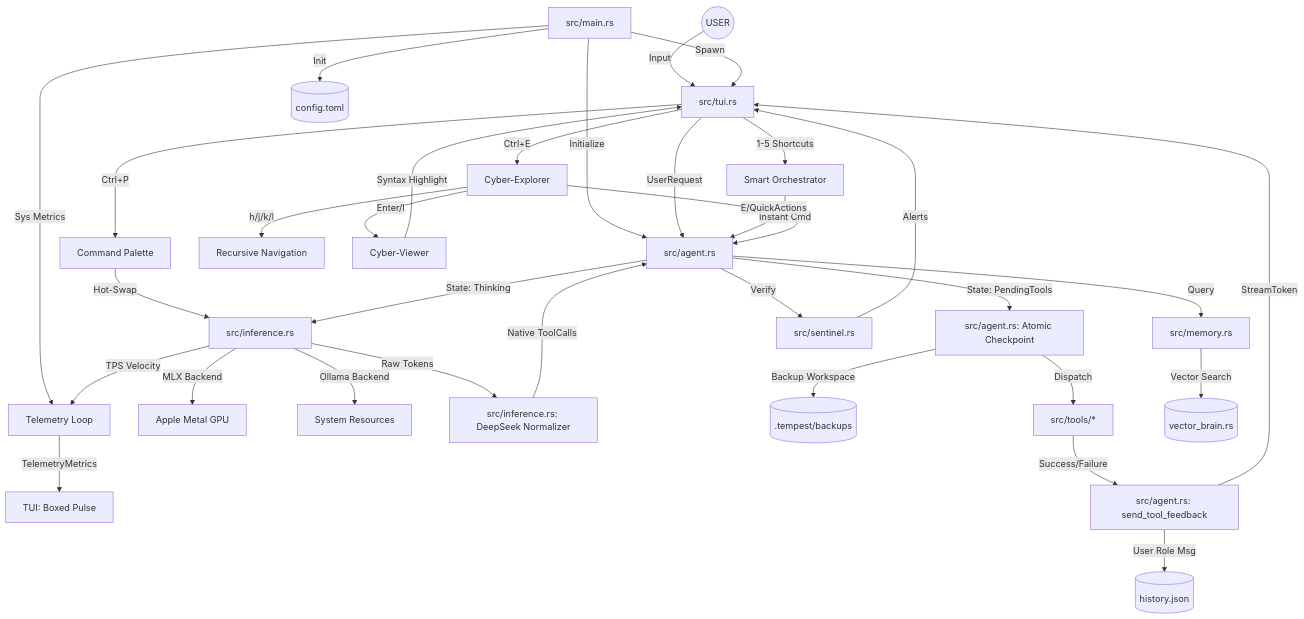
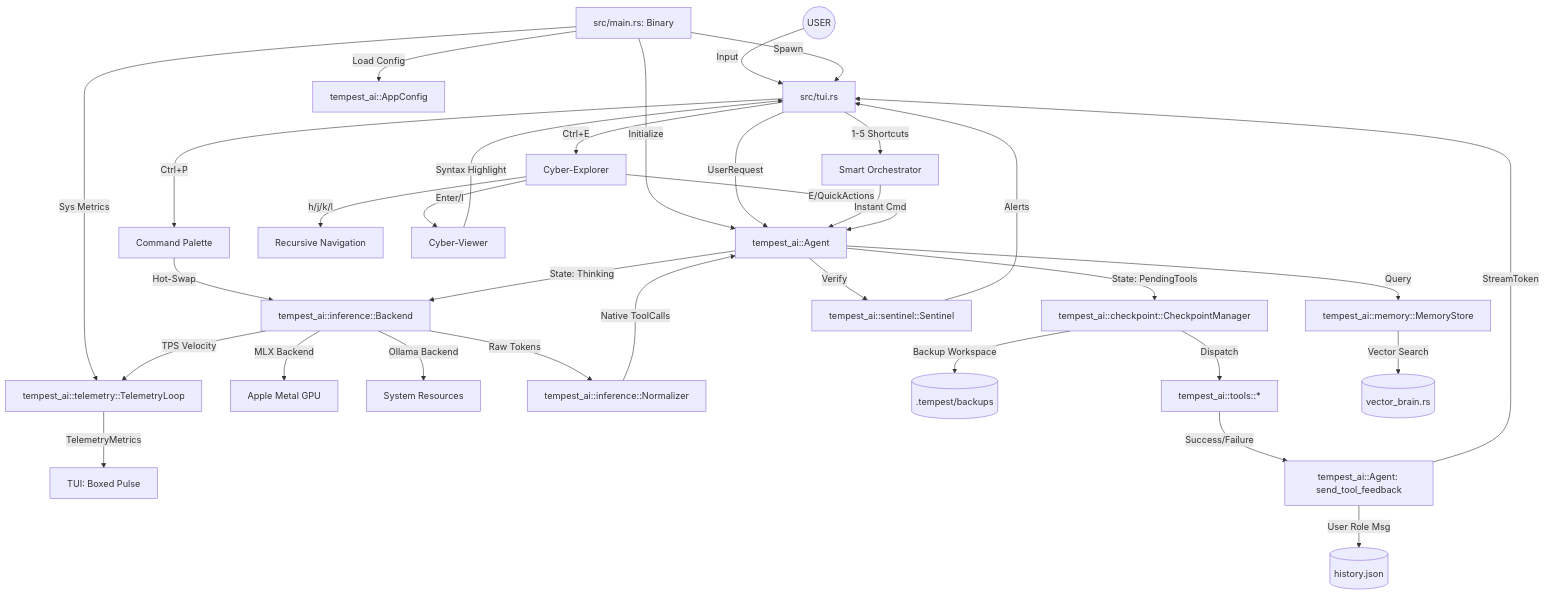
The diagram in KNOWLEDGE_GRAPH.md (7empest462/tempest_ai), drawn with Mermaid before and after one commit. The commit also changed other lines of this file and 15 other files, not shown here.

Commit message:
release: v0.3.2 - Cyber-Library Update. Introducing Triple Backend Architecture and Library/Binary core refactor.

````diff
--- a/KNOWLEDGE_GRAPH.md
+++ b/KNOWLEDGE_GRAPH.md
@@ -7,48 +7,48 @@
 ```mermaid
 graph TD
     %% Entry & Configuration
     User((USER)) -->|Input| TUI[src/tui.rs]
-    Main[src/main.rs] -->|Init| Config[(config.toml)]
+    Main[src/main.rs: Binary] -->|Load Config| AppConfig[tempest_ai::AppConfig]
     Main -->|Spawn| TUI
-    Main -->|Initialize| Agent[src/agent.rs]
+    Main -->|Initialize| Agent[tempest_ai::Agent]
     
     %% Core Orchestration & Command Hub
     TUI -->|UserRequest| Agent
     TUI -->|Ctrl+P| Palette[Command Palette]
     TUI -->|1-5 Shortcuts| Smart[Smart Orchestrator]
     Smart -->|Instant Cmd| Agent
-    Palette -->|Hot-Swap| Inference[src/inference.rs]
+    Palette -->|Hot-Swap| Inference[tempest_ai::inference::Backend]
     
     %% Data & Workspace Navigation
     TUI -->|Ctrl+E| Explorer[Cyber-Explorer]
     Explorer -->|h/j/k/l| Traverse[Recursive Navigation]
     Explorer -->|Enter/l| Viewer[Cyber-Viewer]
     Viewer -->|Syntax Highlight| TUI
     Explorer -->|E/QuickActions| Agent
     
     %% Telemetry & Performance Pulse
-    Main -->|Sys Metrics| Telemetry[Telemetry Loop]
+    Main -->|Sys Metrics| Telemetry[tempest_ai::telemetry::TelemetryLoop]
     Inference -->|TPS Velocity| Telemetry
     Telemetry -->|TelemetryMetrics| TUI_Pulse[TUI: Boxed Pulse]
     
     %% Inference Layer
     Agent -->|State: Thinking| Inference
     Inference -->|MLX Backend| GPU[Apple Metal GPU]
     Inference -->|Ollama Backend| CPU_GPU[System Resources]
     
     %% Execution Loop & Safety
-    Inference -->|Raw Tokens| Normalizer[src/inference.rs: DeepSeek Normalizer]
+    Inference -->|Raw Tokens| Normalizer[tempest_ai::inference::Normalizer]
     Normalizer -->|Native ToolCalls| Agent
-    Agent -->|State: PendingTools| Checkpoint[src/agent.rs: Atomic Checkpoint]
+    Agent -->|State: PendingTools| Checkpoint[tempest_ai::checkpoint::CheckpointManager]
     Checkpoint -->|Backup Workspace| Storage[(.tempest/backups)]
-    Checkpoint -->|Dispatch| Tools[src/tools/*]
-    Tools -->|Success/Failure| Feedback[src/agent.rs: send_tool_feedback]
+    Checkpoint -->|Dispatch| Tools[tempest_ai::tools::*]
+    Tools -->|Success/Failure| Feedback[tempest_ai::Agent: send_tool_feedback]
     Feedback -->|StreamToken| TUI
     Feedback -->|User Role Msg| History[(history.json)]
     
     %% Memory & Protection
-    Agent -->|Query| Memory[src/memory.rs]
+    Agent -->|Query| Memory[tempest_ai::memory::MemoryStore]
     Memory -->|Vector Search| Brain[(vector_brain.rs)]
-    Agent -->|Verify| Sentinel[src/sentinel.rs]
+    Agent -->|Verify| Sentinel[tempest_ai::sentinel::Sentinel]
     Sentinel -->|Alerts| TUI
 ```
````
